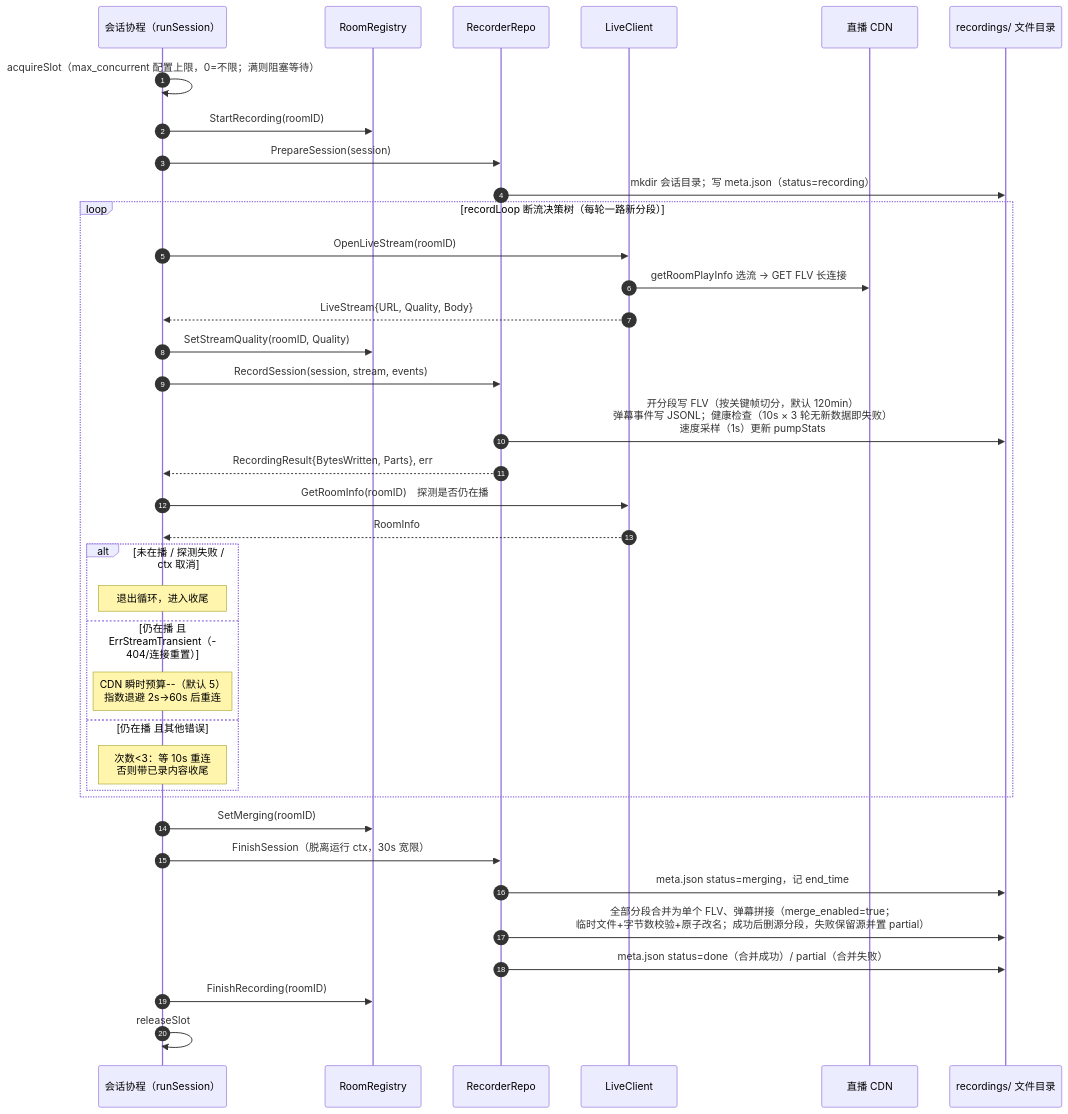
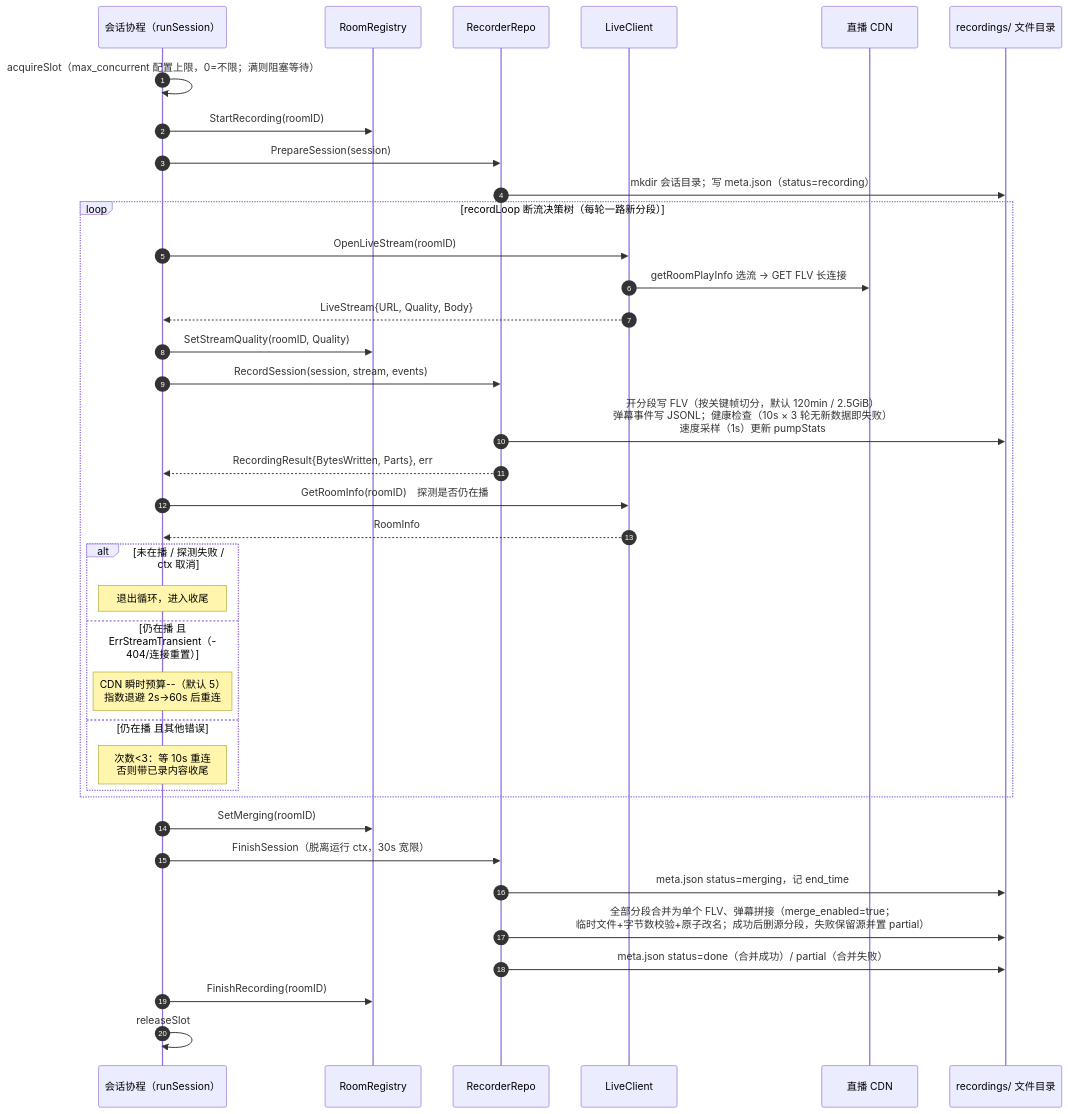
The fifth of 10 diagrams in docs/design/architecture-diagrams.md (xgbt/suika), drawn with Mermaid before and after one commit. The commit also changed 3 other files, not shown here.

````diff
--- a/docs/design/architecture-diagrams.md
+++ b/docs/design/architecture-diagrams.md
@@ -244,42 +244,42 @@
 ```mermaid
 sequenceDiagram
     autonumber
     participant Sess as 会话协程（runSession）
     participant G as RoomRegistry
     participant RR as RecorderRepo
     participant LC as LiveClient
     participant CDN as 直播 CDN
     participant FS as recordings/ 文件目录
 
     Sess->>Sess: acquireSlot（max_concurrent 配置上限，0=不限；满则阻塞等待）
     Sess->>G: StartRecording(roomID)
     Sess->>RR: PrepareSession(session)
     RR->>FS: mkdir 会话目录；写 meta.json（status=recording）
 
     loop recordLoop 断流决策树（每轮一路新分段）
         Sess->>LC: OpenLiveStream(roomID)
         LC->>CDN: getRoomPlayInfo 选流 → GET FLV 长连接
         LC-->>Sess: LiveStream{URL, Quality, Body}
         Sess->>G: SetStreamQuality(roomID, Quality)
         Sess->>RR: RecordSession(session, stream, events)
-        RR->>FS: 开分段写 FLV（按关键帧切分，默认 120min）<br/>弹幕事件写 JSONL；健康检查（10s × 3 轮无新数据即失败）<br/>速度采样（1s）更新 pumpStats
+        RR->>FS: 开分段写 FLV（按关键帧切分，默认 120min / 2.5GiB）<br/>弹幕事件写 JSONL；健康检查（10s × 3 轮无新数据即失败）<br/>速度采样（1s）更新 pumpStats
         RR-->>Sess: RecordingResult{BytesWritten, Parts}, err
         Sess->>LC: GetRoomInfo(roomID)　探测是否仍在播
         LC-->>Sess: RoomInfo
         alt 未在播 / 探测失败 / ctx 取消
             Note over Sess: 退出循环，进入收尾
         else 仍在播 且 ErrStreamTransient（404/连接重置）
             Note over Sess: CDN 瞬时预算--（默认 5）<br/>指数退避 2s→60s 后重连
         else 仍在播 且其他错误
             Note over Sess: 次数<3：等 10s 重连<br/>否则带已录内容收尾
         end
     end
 
     Sess->>G: SetMerging(roomID)
     Sess->>RR: FinishSession（脱离运行 ctx，30s 宽限）
     RR->>FS: meta.json status=merging，记 end_time
     RR->>FS: 全部分段合并为单个 FLV、弹幕拼接（merge_enabled=true；<br/>临时文件+字节数校验+原子改名；成功后删源分段，失败保留源并置 partial）
     RR->>FS: meta.json status=done（合并成功）/ partial（合并失败）
     Sess->>G: FinishRecording(roomID)
     Sess->>Sess: releaseSlot
 ```
````
